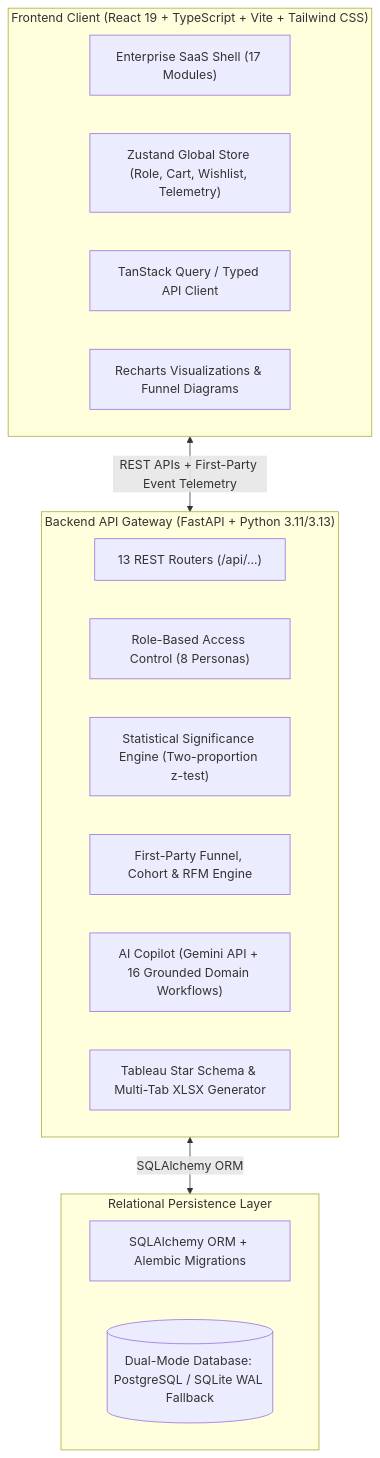
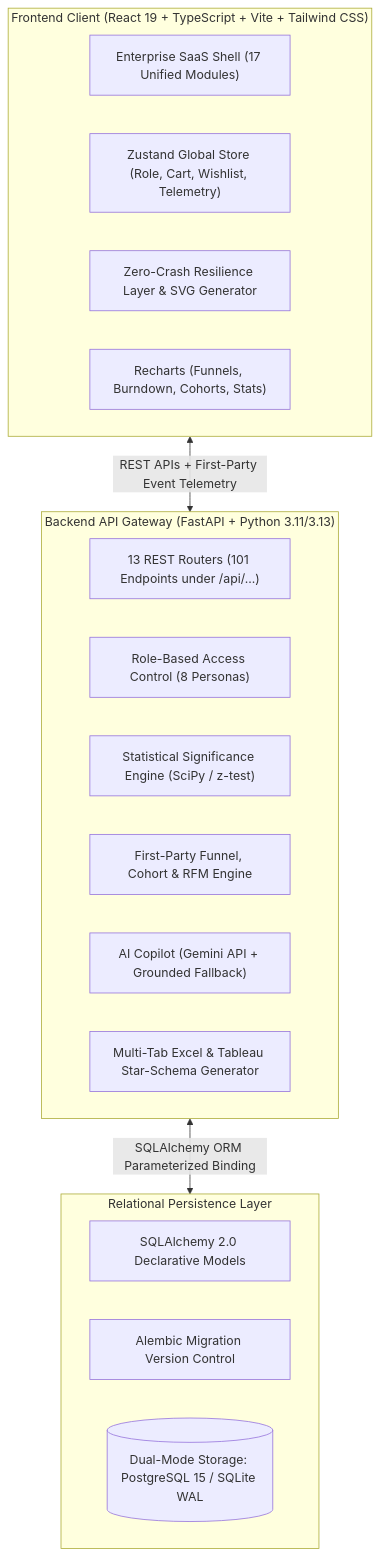
One commit to SrijanSingh2006/threadiq changed the diagram in README.md. Above: the diagram before and after it, drawn with Mermaid. The commit also changed other lines of this file, not shown here.

Commit message:
docs: enrich README with complete tech stack, production links, architecture, and module breakdown

````diff
--- a/README.md
+++ b/README.md
@@ -35,26 +78,27 @@
 ```mermaid
 flowchart TD
     subgraph ClientLayer["Frontend Client (React 19 + TypeScript + Vite + Tailwind CSS)"]
-        UI["Enterprise SaaS Shell (17 Modules)"]
+        UI["Enterprise SaaS Shell (17 Unified Modules)"]
         Store["Zustand Global Store (Role, Cart, Wishlist, Telemetry)"]
-        Query["TanStack Query / Typed API Client"]
-        Charts["Recharts Visualizations & Funnel Diagrams"]
+        Resilience["Zero-Crash Resilience Layer & SVG Generator"]
+        Charts["Recharts (Funnels, Burndown, Cohorts, Stats)"]
     end
 
     subgraph APILayer["Backend API Gateway (FastAPI + Python 3.11/3.13)"]
-        Router["13 REST Routers (/api/...)"]
+        Router["13 REST Routers (101 Endpoints under /api/...)"]
         AuthModule["Role-Based Access Control (8 Personas)"]
-        StatsEngine["Statistical Significance Engine (Two-proportion z-test)"]
+        StatsEngine["Statistical Significance Engine (SciPy / z-test)"]
         AnalyticsEngine["First-Party Funnel, Cohort & RFM Engine"]
-        CopilotEngine["AI Copilot (Gemini API + 16 Grounded Domain Workflows)"]
-        ExportEngine["Tableau Star Schema & Multi-Tab XLSX Generator"]
+        CopilotEngine["AI Copilot (Gemini API + Grounded Fallback)"]
+        ExportEngine["Multi-Tab Excel & Tableau Star-Schema Generator"]
     end
 
     subgraph DataLayer["Relational Persistence Layer"]
-        ORM["SQLAlchemy ORM + Alembic Migrations"]
-        DualDB[("Dual-Mode Database: PostgreSQL / SQLite WAL Fallback")]
+        ORM["SQLAlchemy 2.0 Declarative Models"]
+        Migrations["Alembic Migration Version Control"]
+        DualDB[("Dual-Mode Storage: PostgreSQL 15 / SQLite WAL")]
     end
 
     ClientLayer <-->|REST APIs + First-Party Event Telemetry| APILayer
-    APILayer <-->|SQLAlchemy ORM| DataLayer
+    APILayer <-->|SQLAlchemy ORM Parameterized Binding| DataLayer
 ```
````
